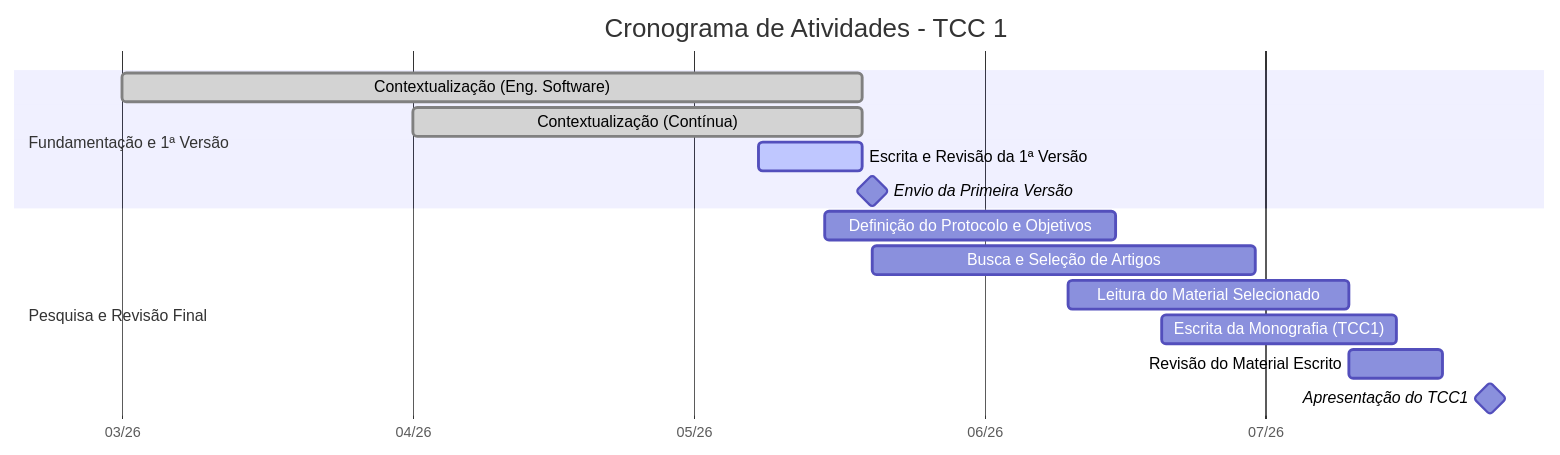
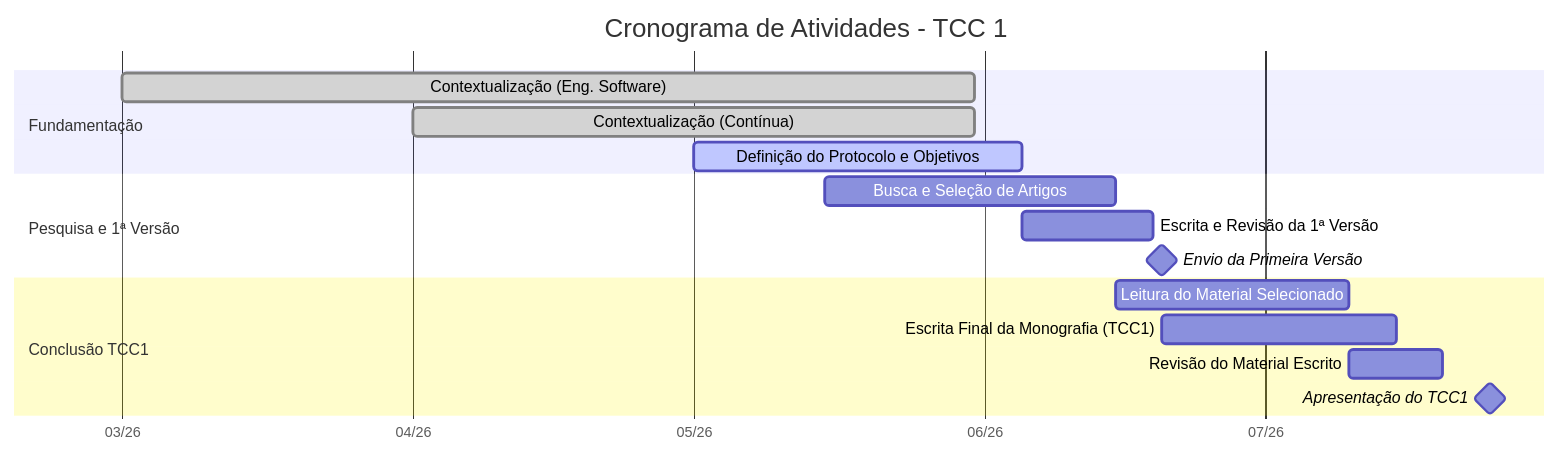
Before and after one commit to storch7/TCC_gstorch: the diagram in CRONOGRAMA.md, drawn with Mermaid. The commit also changed other lines of this file, not shown here.

````diff
--- a/CRONOGRAMA.md
+++ b/CRONOGRAMA.md
@@ -9,20 +9,22 @@
 ```mermaid
 gantt
     title Cronograma de Atividades - TCC 1
     dateFormat  YYYY-MM-DD
     axisFormat  %m/%y
     
-    section Fundamentação e 1ª Versão
-    Contextualização (Eng. Software)     :done, a1, 2026-03-01, 2026-05-19
-    Contextualização (Contínua)          :done, a2, 2026-04-01, 2026-05-19
-    Escrita e Revisão da 1ª Versão       :active, a3, 2026-05-08, 2026-05-19
-    Envio da Primeira Versão             :milestone, m1, 2026-05-20, 0d
+    section Fundamentação
+    Contextualização (Eng. Software)     :done, a1, 2026-03-01, 2026-05-31
+    Contextualização (Contínua)          :done, a2, 2026-04-01, 2026-05-31
+    Definição do Protocolo e Objetivos   :active, a3, 2026-05-01, 2026-06-05
     
-    section Pesquisa e Revisão Final
-    Definição do Protocolo e Objetivos   :b1, 2026-05-15, 2026-06-15
-    Busca e Seleção de Artigos           :b2, 2026-05-20, 2026-06-30
-    Leitura do Material Selecionado      :b3, 2026-06-10, 2026-07-10
-    Escrita da Monografia (TCC1)         :b4, 2026-06-20, 2026-07-15
-    Revisão do Material Escrito          :b5, 2026-07-10, 2026-07-20
+    section Pesquisa e 1ª Versão
+    Busca e Seleção de Artigos           :b1, 2026-05-15, 2026-06-15
+    Escrita e Revisão da 1ª Versão       :b2, 2026-06-05, 2026-06-19
+    Envio da Primeira Versão             :milestone, m1, 2026-06-20, 0d
+    
+    section Conclusão TCC1
+    Leitura do Material Selecionado      :c1, 2026-06-15, 2026-07-10
+    Escrita Final da Monografia (TCC1)   :c2, 2026-06-20, 2026-07-15
+    Revisão do Material Escrito          :c3, 2026-07-10, 2026-07-20
     Apresentação do TCC1                 :milestone, m2, 2026-07-25, 0d
 ```
````
